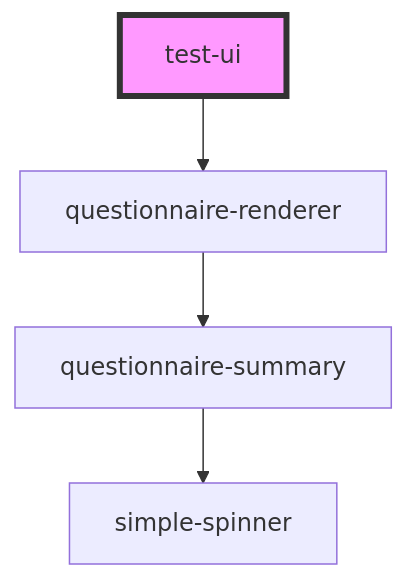
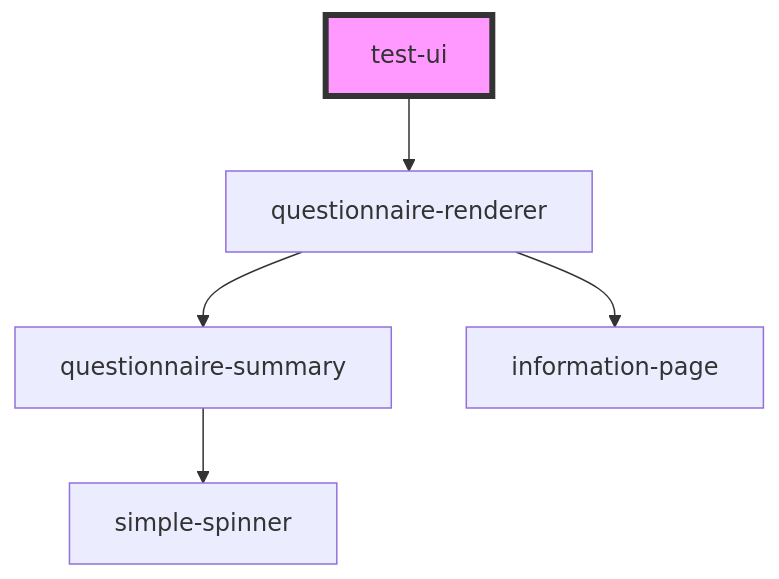
One commit to molit-institute/questionnaire-renderer changed the diagram in src/components/test-ui/readme.md. Above: the diagram before and after it, drawn with Mermaid. The commit also changed 20 other files, not shown here.

````diff
--- a/src/components/test-ui/readme.md
+++ b/src/components/test-ui/readme.md
@@ -15,7 +15,8 @@
 ```mermaid
 graph TD;
   test-ui --> questionnaire-renderer
   questionnaire-renderer --> questionnaire-summary
+  questionnaire-renderer --> information-page
   questionnaire-summary --> simple-spinner
   style test-ui fill:#f9f,stroke:#333,stroke-width:4px
 ```
````
